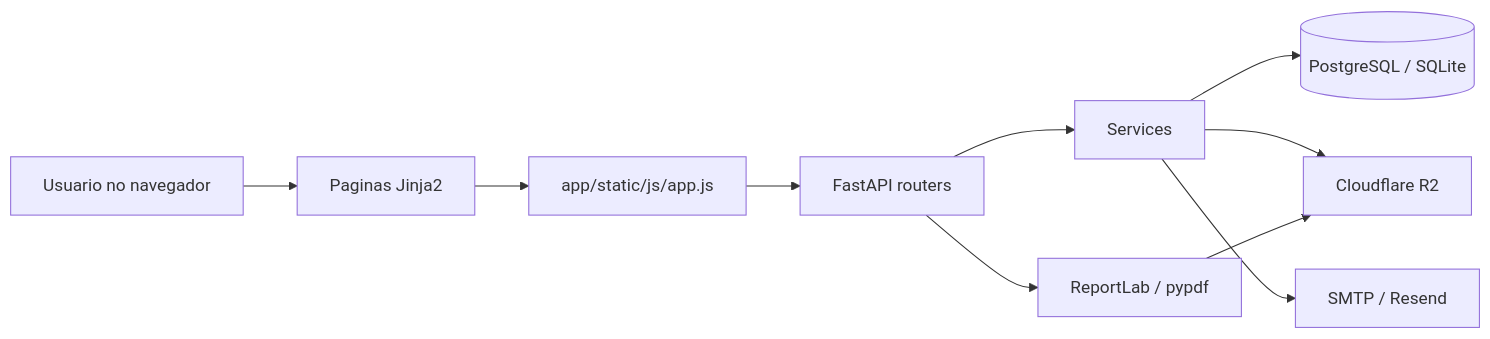
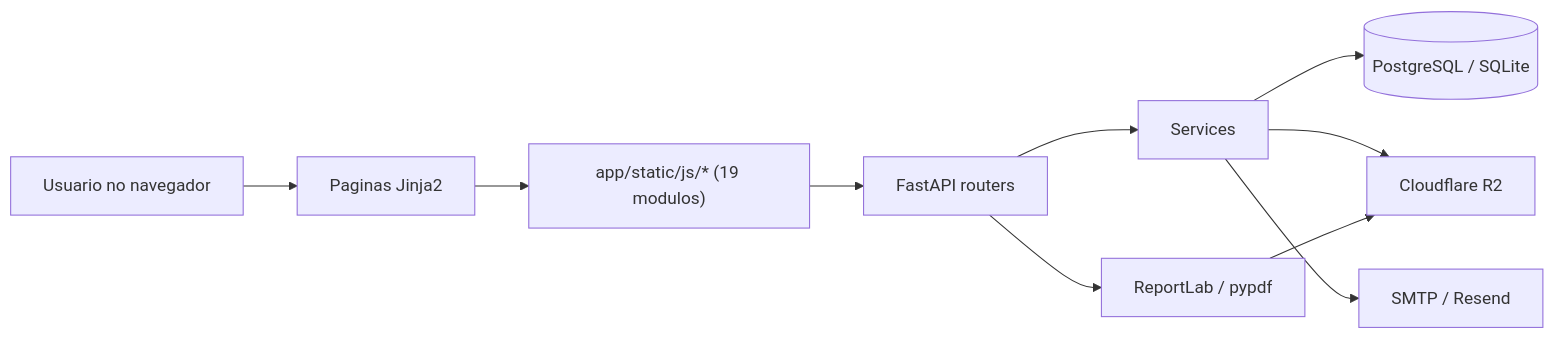
The first of 4 diagrams in docs/architecture.md (guiolindo/Notas-despesas), drawn with Mermaid before and after one commit. The commit also changed other lines of this file and 6 other files, not shown here.

````diff
--- a/docs/architecture.md
+++ b/docs/architecture.md
@@ -18,12 +18,12 @@
 ```mermaid
 flowchart LR
     U["Usuario no navegador"] --> P["Paginas Jinja2"]
-    P --> JS["app/static/js/app.js"]
+    P --> JS["app/static/js/* (19 modulos)"]
     JS --> API["FastAPI routers"]
     API --> SVC["Services"]
     SVC --> DB[("PostgreSQL / SQLite")]
     SVC --> R2["Cloudflare R2"]
     SVC --> SMTP["SMTP / Resend"]
     API --> PDF["ReportLab / pypdf"]
     PDF --> R2
 ```
````
